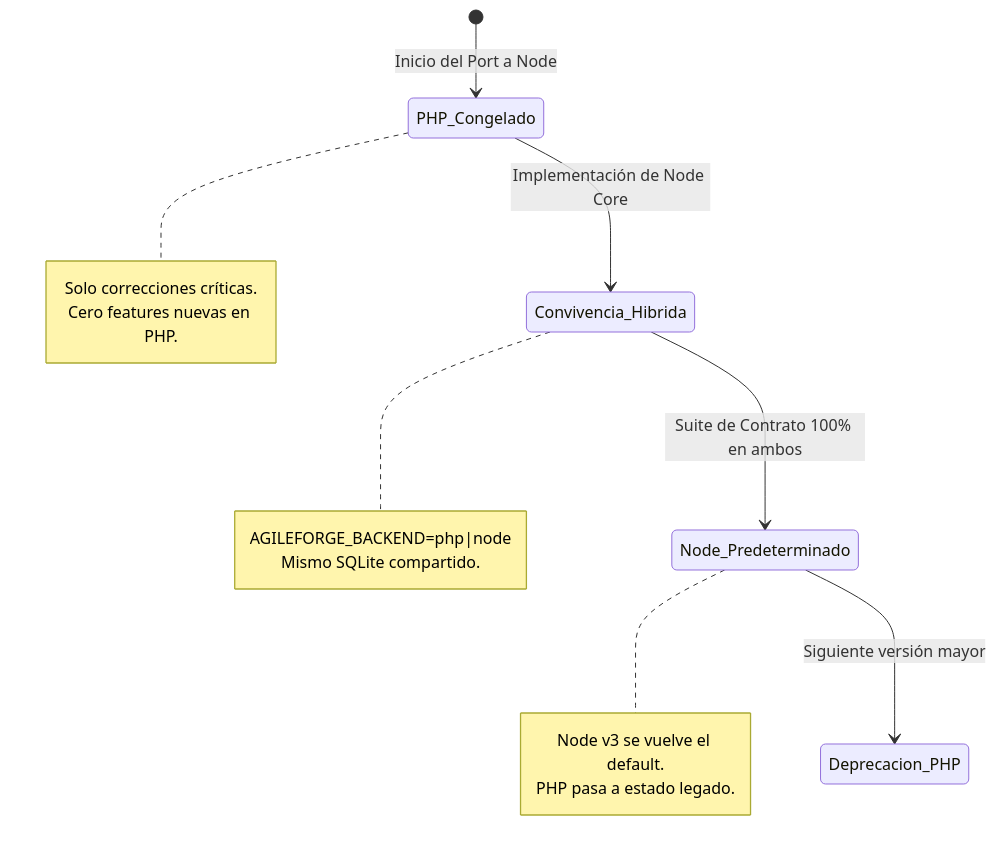
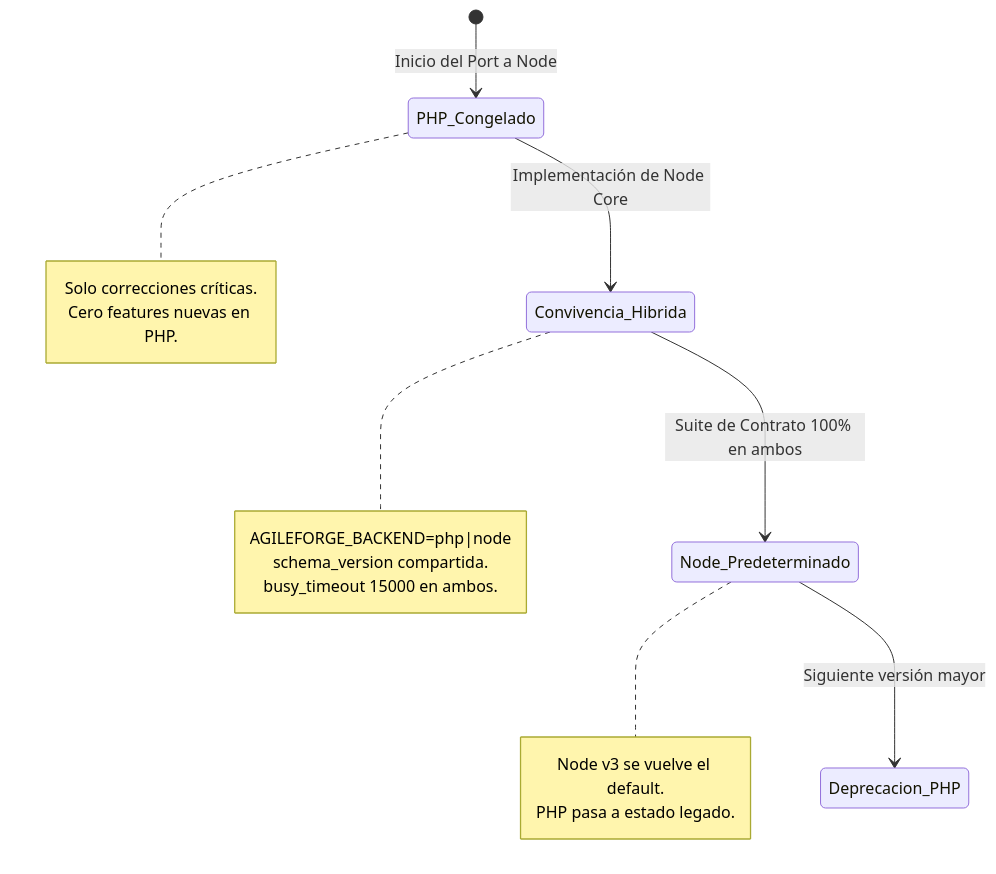
Before and after one commit to JSOTELD/Agile-Forge: the diagram in docs/RFC-002-repo-autoinstalable-y-nucleo-node.md, drawn with Mermaid. The commit also changed other lines of this file and 1 other file, not shown here.

````diff
--- a/docs/RFC-002-repo-autoinstalable-y-nucleo-node.md
+++ b/docs/RFC-002-repo-autoinstalable-y-nucleo-node.md
@@ -197,22 +228,23 @@
 ```mermaid
 stateDiagram-v2
     [*] --> PHP_Congelado: Inicio del Port a Node
     note right of PHP_Congelado
       Solo correcciones críticas.
       Cero features nuevas en PHP.
     end note
     
     PHP_Congelado --> Convivencia_Hibrida: Implementación de Node Core
     note right of Convivencia_Hibrida
       AGILEFORGE_BACKEND=php|node
-      Mismo SQLite compartido.
+      schema_version compartida.
+      busy_timeout 15000 en ambos.
     end note
 
     Convivencia_Hibrida --> Node_Predeterminado: Suite de Contrato 100% en ambos
     note right of Node_Predeterminado
       Node v3 se vuelve el default.
       PHP pasa a estado legado.
     end note
 
     Node_Predeterminado --> Deprecacion_PHP: Siguiente versión mayor
 ```
````
